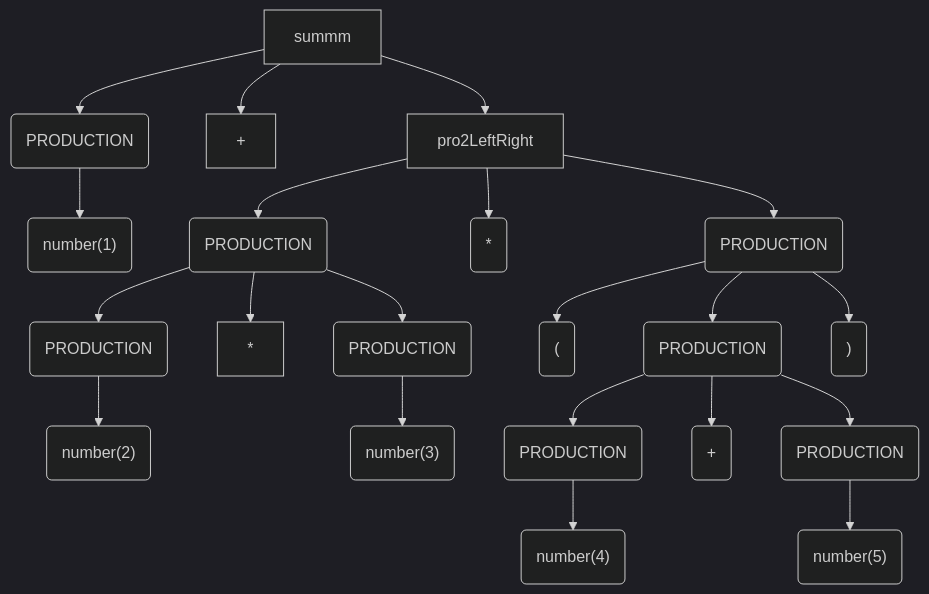
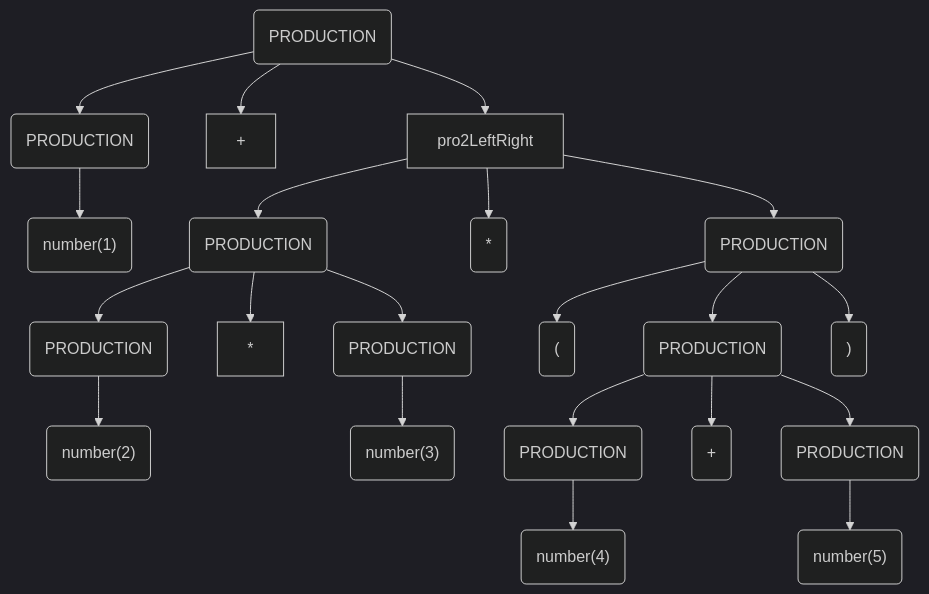
Before and after one commit to fightinggg/hexo-blog: diagram 34 of 35 in source/_posts/编译器/编译器.md, drawn with Mermaid (dark theme). The commit also changed 1 other file, not shown here.

````diff
--- a/source/_posts/编译器/编译器.md
+++ b/source/_posts/编译器/编译器.md
@@ -1017,19 +1017,19 @@
 ```mermaid
 graph TD
   pro1("PRODUCTION") --> number("number(1)")
   +
   pro2("PRODUCTION") --> number2("number(2)")
   *
   pro3("PRODUCTION") --> number3("number(3)")
   proMum(PRODUCTION) --> pro2 & pro3 & *
   mul2("*")
   left("(")
   pro4(PRODUCTION) --> n4("number(4)")
   add2(+)
   pro5(PRODUCTION) -->n5("number(5)")
   proSum2(PRODUCTION) --> pro4 & add2 & pro5
   right(")")
   proLeftRight(PRODUCTION) --> left & proSum2 & right
   pro2LeftRight --> proLeftRight & proMum & mul2
-  summm --> pro1 & + & pro2LeftRight
+  summm(PRODUCTION) --> pro1 & + & pro2LeftRight
 ```
````
